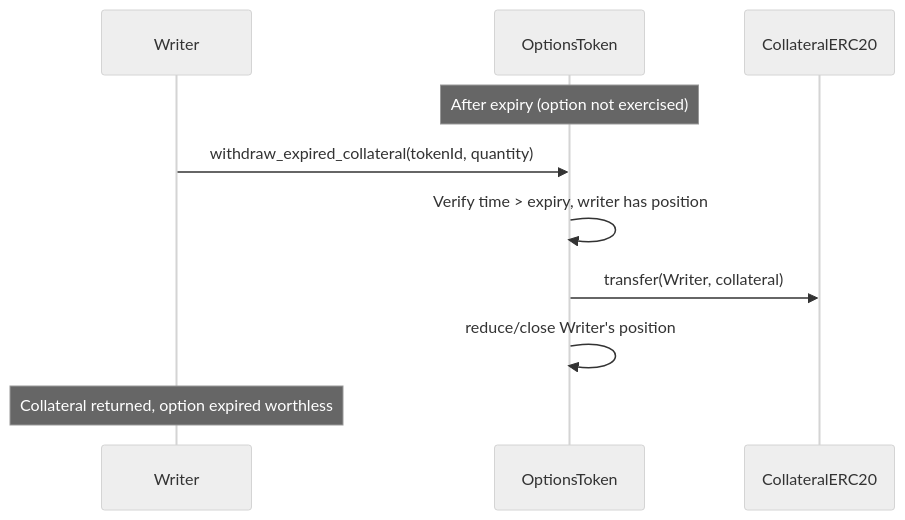
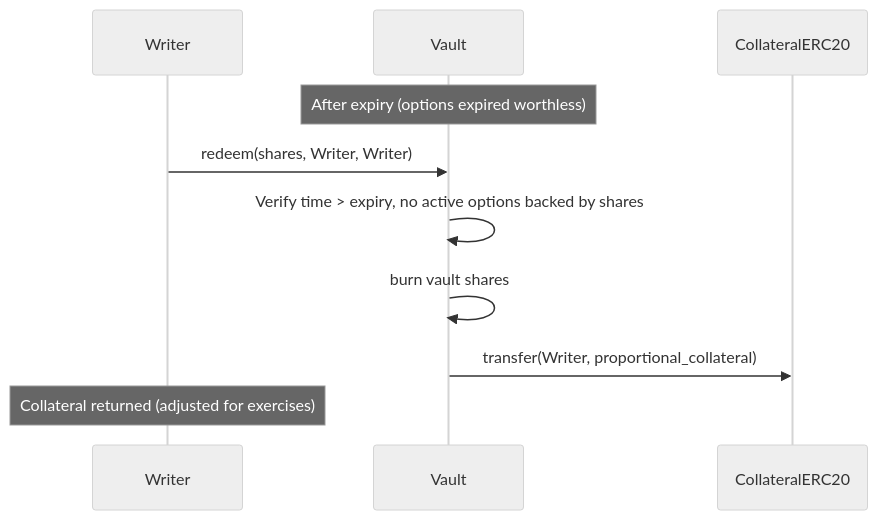
The seventh of 8 diagrams in SPEC.md (0xgleb/optional), drawn with Mermaid (neutral theme) before and after one commit. The commit also changed other lines of this file, not shown here.

Commit message:
option vault spec

````diff
--- a/SPEC.md
+++ b/SPEC.md
@@ -344,14 +455,14 @@
 ```mermaid
 sequenceDiagram
     participant Writer
-    participant OptionsToken
+    participant Vault
     participant CollateralERC20
 
-    Note over OptionsToken: After expiry (option not exercised)
-    Writer->>OptionsToken: withdraw_expired_collateral(tokenId, quantity)
-    OptionsToken->>OptionsToken: Verify time > expiry, writer has position
-    OptionsToken->>CollateralERC20: transfer(Writer, collateral)
-    OptionsToken->>OptionsToken: reduce/close Writer's position
+    Note over Vault: After expiry (options expired worthless)
+    Writer->>Vault: redeem(shares, Writer, Writer)
+    Vault->>Vault: Verify time > expiry, no active options backed by shares
+    Vault->>Vault: burn vault shares
+    Vault->>CollateralERC20: transfer(Writer, proportional_collateral)
 
-    Note over Writer: Collateral returned, option expired worthless
+    Note over Writer: Collateral returned (adjusted for exercises)
 ```
````
